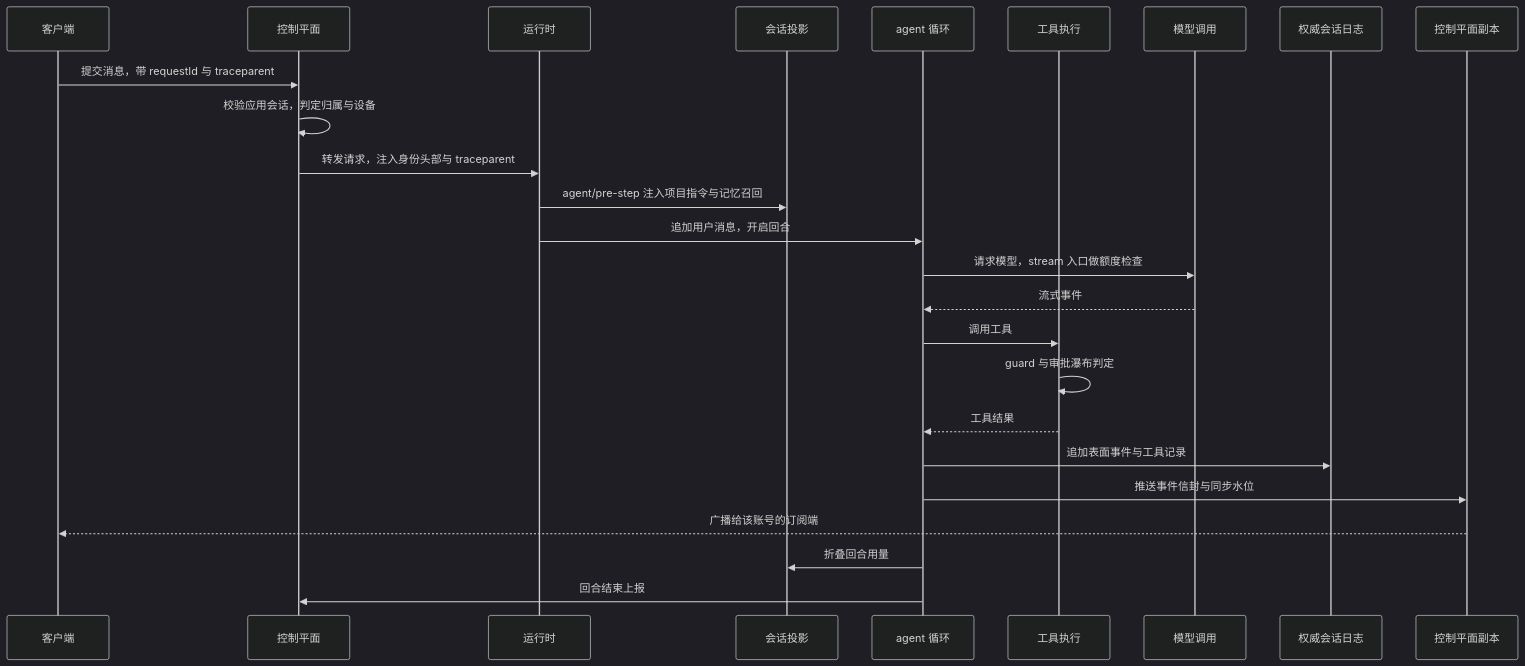
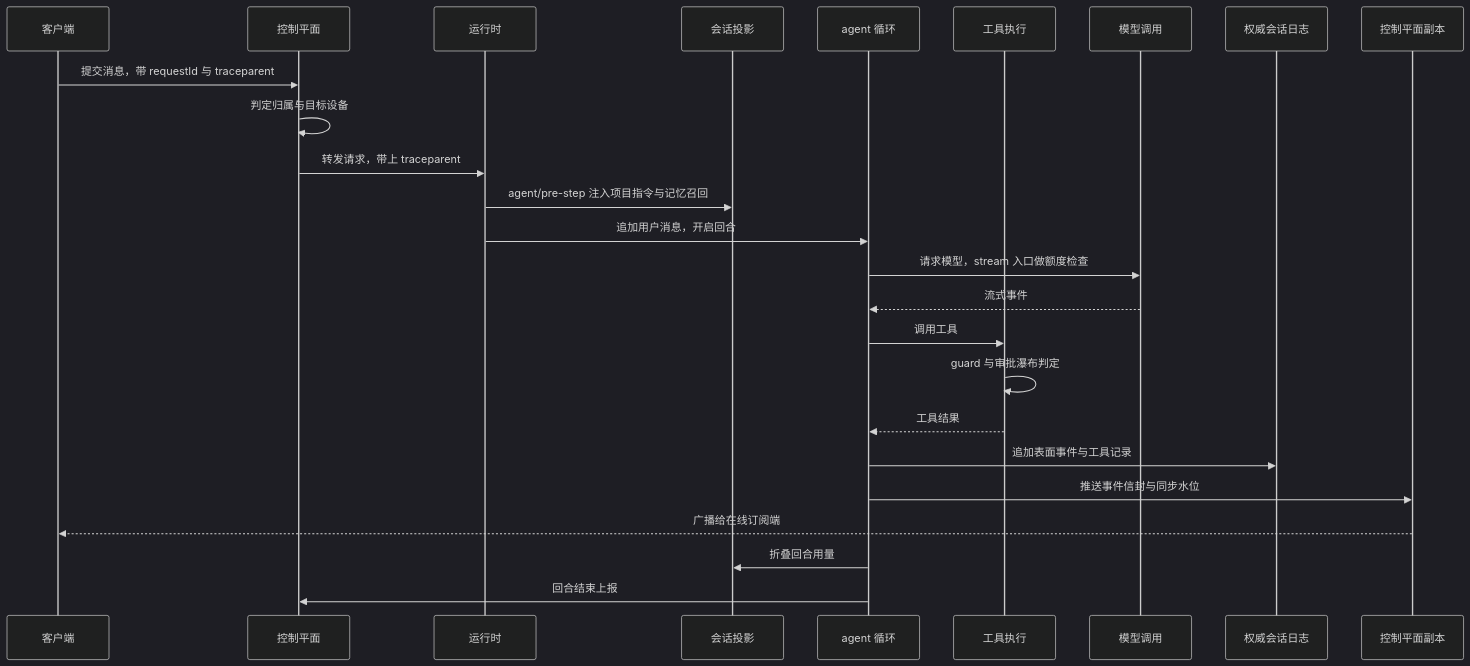
Before and after one commit to wenzetan/chatdsh: the ninth of 17 diagrams in runtime/docs/architecture-diagram.md, drawn with Mermaid (dark theme). The commit also changed other lines of this file and 144 other files, not shown here.

````diff
--- a/runtime/docs/architecture-diagram.md
+++ b/runtime/docs/architecture-diagram.md
@@ -289,27 +281,27 @@
 ```mermaid
 sequenceDiagram
   participant CL as 客户端
   participant GW as 控制平面
   participant RT as 运行时
   participant PR as 会话投影
   participant AG as agent 循环
   participant TL as 工具执行
   participant LM as 模型调用
   participant LG as 权威会话日志
   participant SY as 控制平面副本
   CL->>GW: 提交消息，带 requestId 与 traceparent
-  GW->>GW: 校验应用会话，判定归属与设备
-  GW->>RT: 转发请求，注入身份头部与 traceparent
+  GW->>GW: 判定归属与目标设备
+  GW->>RT: 转发请求，带上 traceparent
   RT->>PR: agent/pre-step 注入项目指令与记忆召回
   RT->>AG: 追加用户消息，开启回合
   AG->>LM: 请求模型，stream 入口做额度检查
   LM-->>AG: 流式事件
   AG->>TL: 调用工具
   TL->>TL: guard 与审批瀑布判定
   TL-->>AG: 工具结果
   AG->>LG: 追加表面事件与工具记录
   AG->>SY: 推送事件信封与同步水位
-  SY-->>CL: 广播给该账号的订阅端
+  SY-->>CL: 广播给在线订阅端
   AG->>PR: 折叠回合用量
   AG->>GW: 回合结束上报
 ```
````
